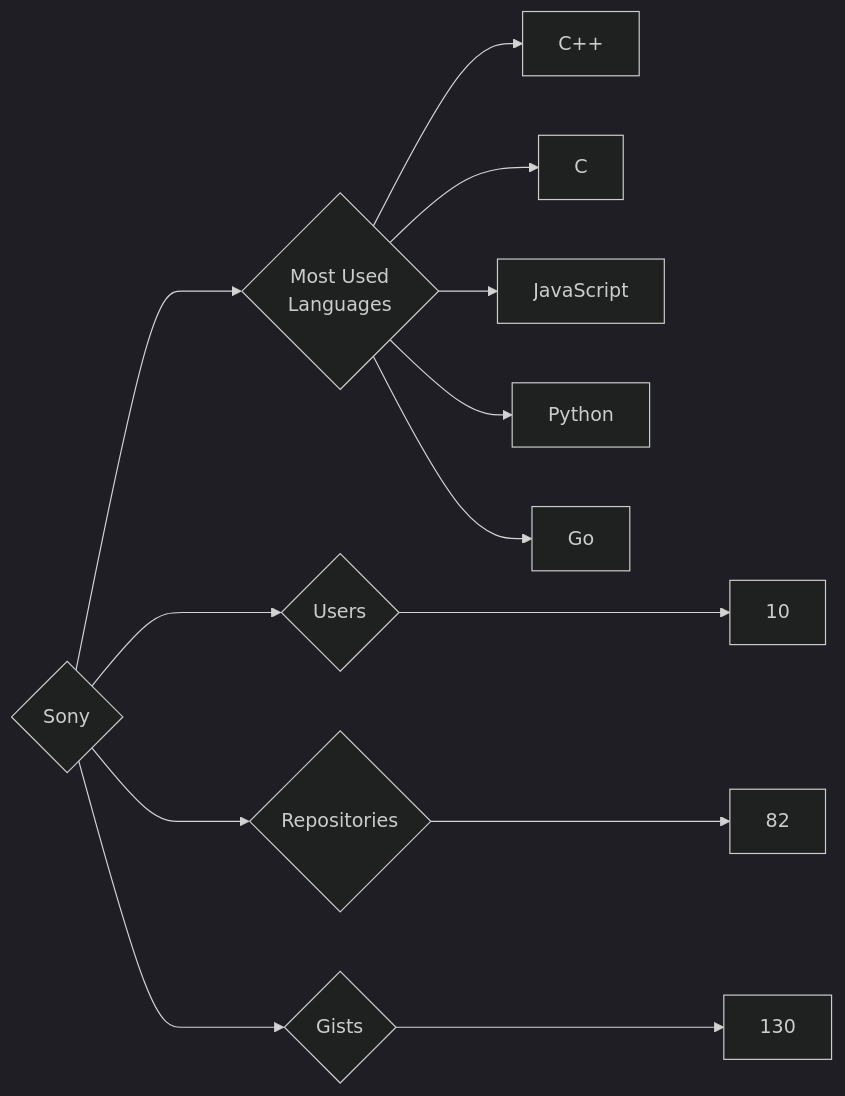
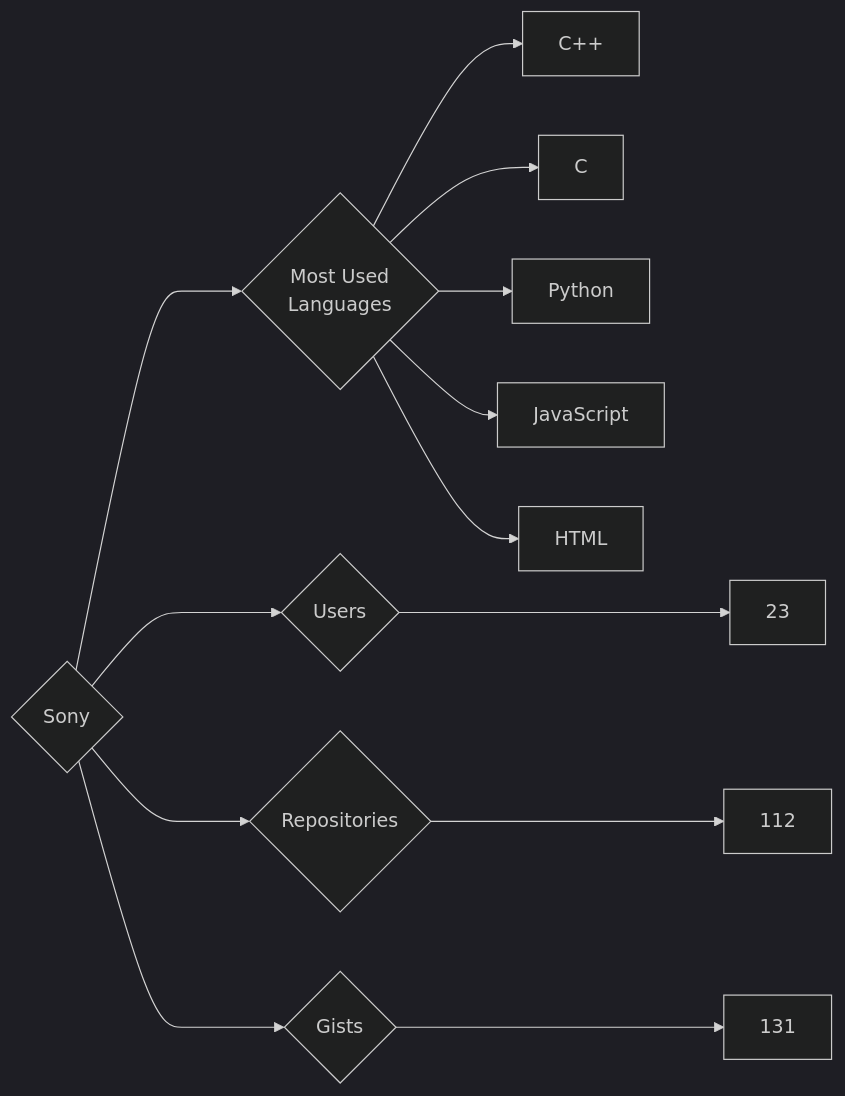
The diagram in targets/Sony/README.md (trickest/insiders), drawn with Mermaid (dark theme) before and after one commit. The commit also changed 829 other files, not shown here.

````diff
--- a/targets/Sony/README.md
+++ b/targets/Sony/README.md
@@ -3,13 +3,13 @@
 ```mermaid
 graph LR
 COMPANY_NAME{Sony}
-COMPANY_NAME ---> U{Users} ---> UN[10]
-COMPANY_NAME ---> R{Repositories} ---> RN[82]
-COMPANY_NAME ---> G{Gists} ---> GN[130]
+COMPANY_NAME ---> U{Users} ---> UN[23]
+COMPANY_NAME ---> R{Repositories} ---> RN[112]
+COMPANY_NAME ---> G{Gists} ---> GN[131]
 COMPANY_NAME ---> ML{Most Used<br>Languages}
 ML --> C++[C++]
 ML --> C[C]
+ML --> Python[Python]
 ML --> JavaScript[JavaScript]
-ML --> Python[Python]
-ML --> Go[Go]
+ML --> HTML[HTML]
 ```
````
